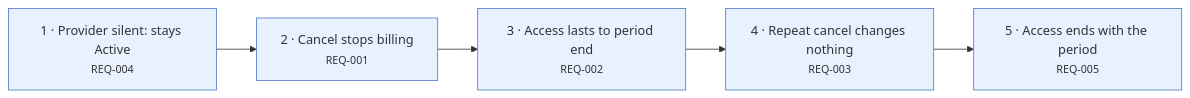
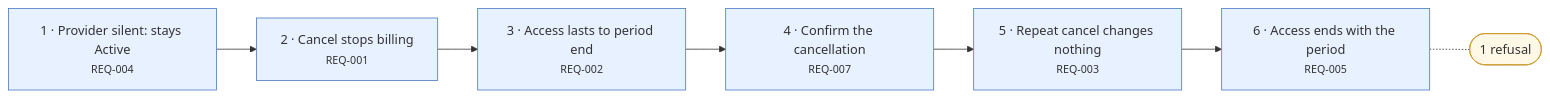
Before and after one commit to AlesKracik/quintessence: the sixth of 11 diagrams in examples/specs/subscription.readback.md, drawn with Mermaid. The commit also changed other lines of this file and 14 other files, not shown here.

````diff
--- a/examples/specs/subscription.readback.md
+++ b/examples/specs/subscription.readback.md
@@ -174,13 +310,18 @@
 ```mermaid
 flowchart LR
     S1["1 · Provider silent: stays Active<br/><small>REQ-004</small>"]:::ok
     S2["2 · Cancel stops billing<br/><small>REQ-001</small>"]:::ok
     S1 --> S2
     S3["3 · Access lasts to period end<br/><small>REQ-002</small>"]:::ok
     S2 --> S3
-    S4["4 · Repeat cancel changes nothing<br/><small>REQ-003</small>"]:::ok
+    S4["4 · Confirm the cancellation<br/><small>REQ-007</small>"]:::ok
     S3 --> S4
-    S5["5 · Access ends with the period<br/><small>REQ-005</small>"]:::ok
+    S5["5 · Repeat cancel changes nothing<br/><small>REQ-003</small>"]:::ok
     S4 --> S5
+    S6["6 · Access ends with the period<br/><small>REQ-005</small>"]:::ok
+    S5 --> S6
+    S6r(["1 refusal"]):::ref
+    S6 -.- S6r
     classDef ok fill:#e8f1ff,stroke:#4a78c2
+    classDef ref fill:#fff8e6,stroke:#c99a2e
 ```
````
